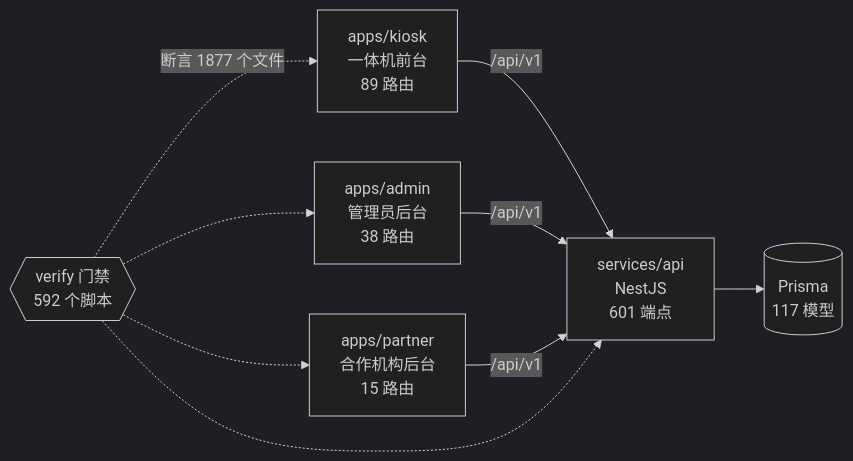
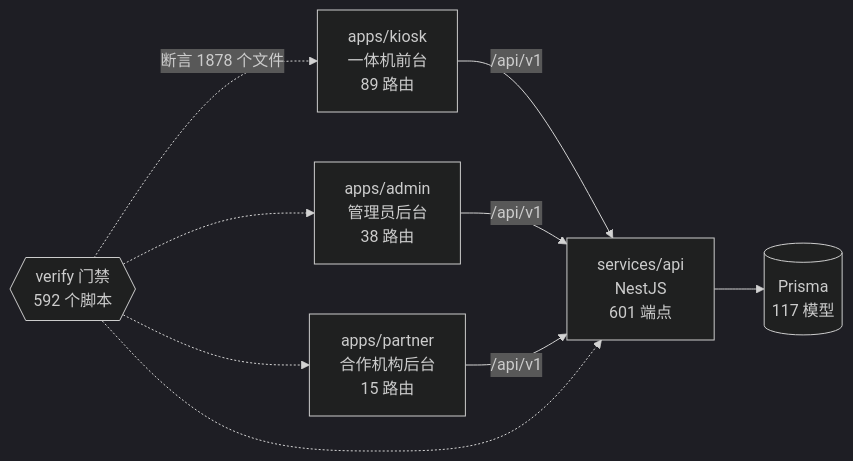
Before and after one commit to wanglei581/YITIJI: the diagram in docs/graph/README.md, drawn with Mermaid (dark theme). The commit also changed other lines of this file and 14 other files, not shown here.

````diff
--- a/docs/graph/README.md
+++ b/docs/graph/README.md
@@ -68,18 +68,18 @@
 ```mermaid
 flowchart LR
   kiosk["apps/kiosk<br/>一体机前台<br/>89 路由"]
   admin["apps/admin<br/>管理员后台<br/>38 路由"]
   partner["apps/partner<br/>合作机构后台<br/>15 路由"]
   api["services/api<br/>NestJS<br/>601 端点"]
   db[("Prisma<br/>117 模型")]
   gates{{"verify 门禁<br/>592 个脚本"}}
 
   kiosk -->|"/api/v1"| api
   admin -->|"/api/v1"| api
   partner -->|"/api/v1"| api
   api --> db
-  gates -.->|"断言 1877 个文件"| kiosk
+  gates -.->|"断言 1878 个文件"| kiosk
   gates -.-> admin
   gates -.-> partner
   gates -.-> api
 ```
````
